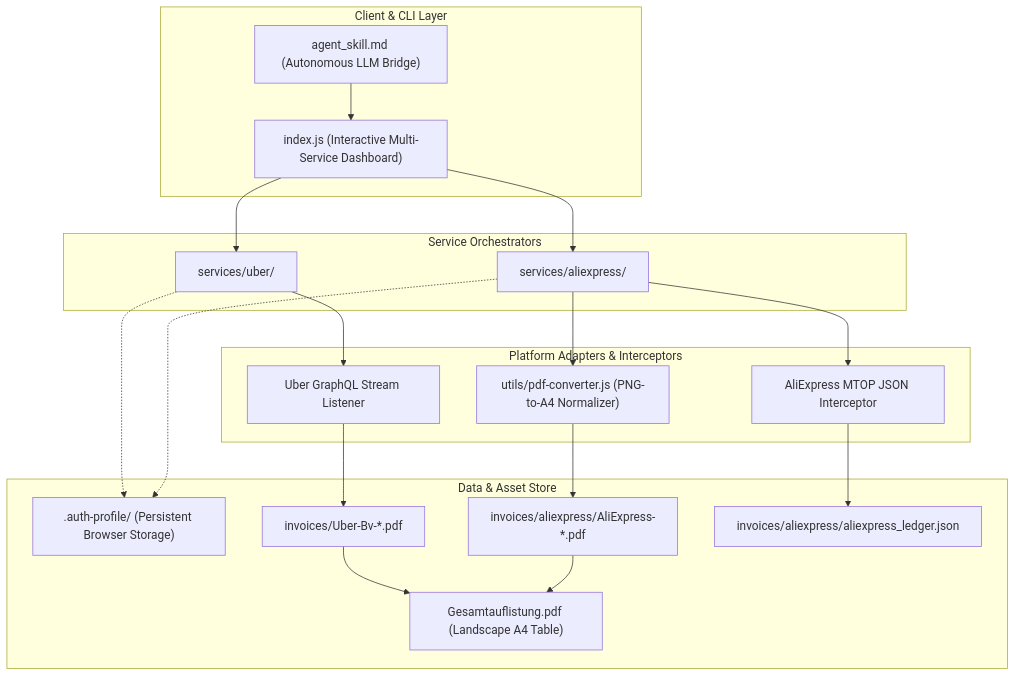
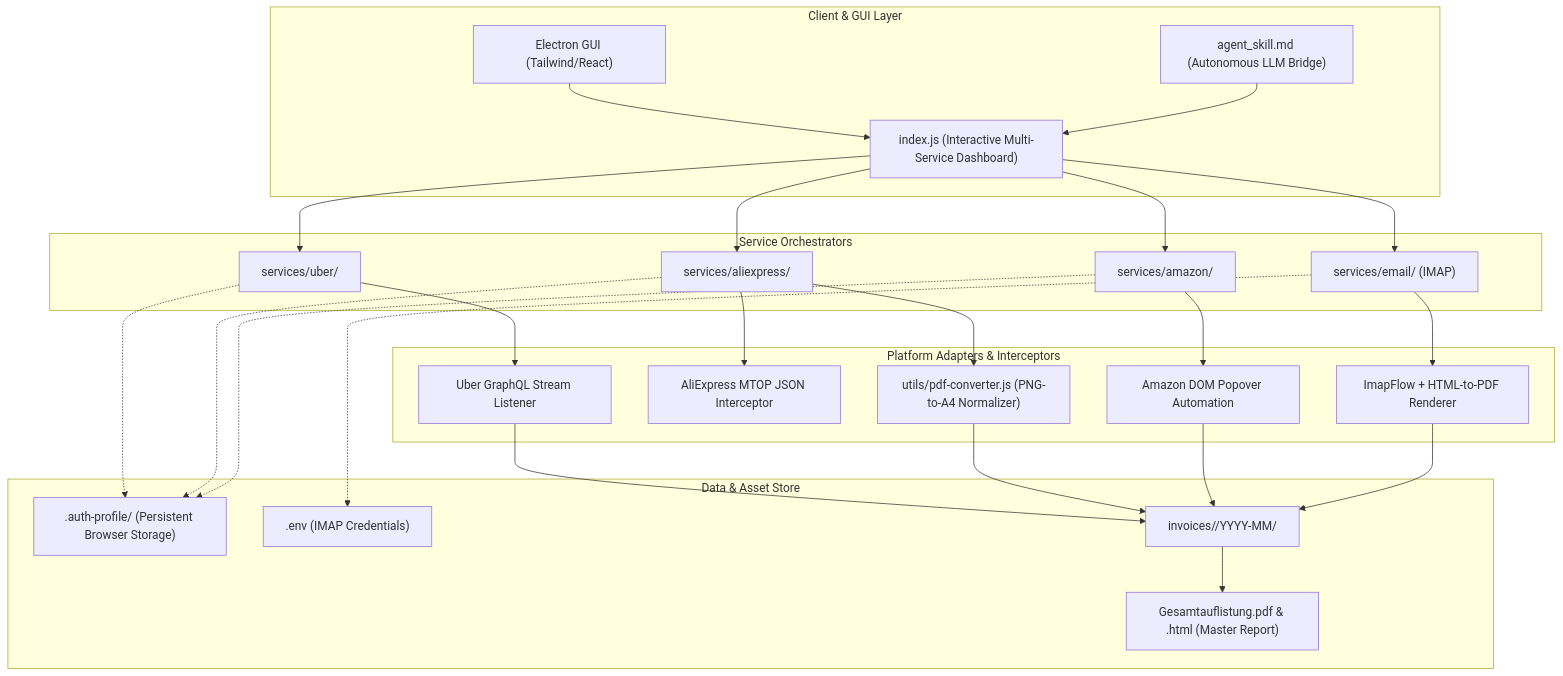
One commit to hybridlabor-api/invoice-scrape-agent changed the diagram in .openwiki/architecture.md. Above: the diagram before and after it, drawn with Mermaid. The commit also changed other lines of this file and 2 other files, not shown here.

````diff
--- a/.openwiki/architecture.md
+++ b/.openwiki/architecture.md
@@ -9,44 +9,55 @@
 ```mermaid
 graph TD
-    subgraph Client ["Client & CLI Layer"]
+    subgraph Client ["Client & GUI Layer"]
+        GUI["Electron GUI (Tailwind/React)"]
         CLI["index.js (Interactive Multi-Service Dashboard)"]
         AGENT["agent_skill.md (Autonomous LLM Bridge)"]
     end
 
     subgraph Orchestration ["Service Orchestrators"]
         U_ORCH["services/uber/"]
         A_ORCH["services/aliexpress/"]
+        AMZ_ORCH["services/amazon/"]
+        E_ORCH["services/email/ (IMAP)"]
     end
 
     subgraph Adapters ["Platform Adapters & Interceptors"]
         U_GQL["Uber GraphQL Stream Listener"]
         A_MTOP["AliExpress MTOP JSON Interceptor"]
+        AMZ_POP["Amazon DOM Popover Automation"]
+        E_IMAP["ImapFlow + HTML-to-PDF Renderer"]
         PDF_CONV["utils/pdf-converter.js (PNG-to-A4 Normalizer)"]
     end
 
     subgraph DataStore ["Data & Asset Store"]
         AUTH_STORE[".auth-profile/ (Persistent Browser Storage)"]
-        UBER_INV["invoices/Uber-Bv-*.pdf"]
-        ALI_INV["invoices/aliexpress/AliExpress-*.pdf"]
-        LEDGER["invoices/aliexpress/aliexpress_ledger.json"]
-        REPORTS["Gesamtauflistung.pdf (Landscape A4 Table)"]
+        ENV_STORE[".env (IMAP Credentials)"]
+        INV_DIR["invoices/<service>/YYYY-MM/"]
+        REPORTS["Gesamtauflistung.pdf & .html (Master Report)"]
     end
 
+    GUI --> CLI
     CLI --> U_ORCH
     CLI --> A_ORCH
+    CLI --> AMZ_ORCH
+    CLI --> E_ORCH
     AGENT --> CLI
 
     U_ORCH --> U_GQL
     A_ORCH --> A_MTOP
     A_ORCH --> PDF_CONV
+    AMZ_ORCH --> AMZ_POP
+    E_ORCH --> E_IMAP
 
     U_ORCH -.-> AUTH_STORE
     A_ORCH -.-> AUTH_STORE
+    AMZ_ORCH -.-> AUTH_STORE
+    E_ORCH -.-> ENV_STORE
 
-    U_GQL --> UBER_INV
-    PDF_CONV --> ALI_INV
-    A_MTOP --> LEDGER
+    U_GQL --> INV_DIR
+    PDF_CONV --> INV_DIR
+    AMZ_POP --> INV_DIR
+    E_IMAP --> INV_DIR
 
-    UBER_INV --> REPORTS
-    ALI_INV --> REPORTS
+    INV_DIR --> REPORTS
 ```
````
